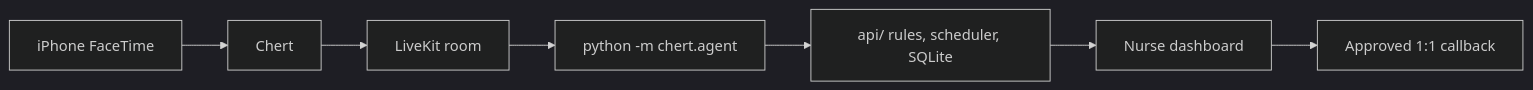
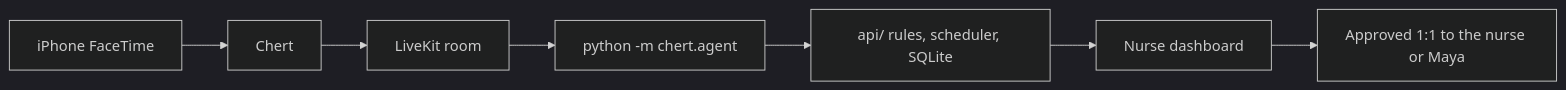
One commit to prest626/hackuta changed the diagram in README.md. Above: the diagram before and after it, drawn with Mermaid (dark theme). The commit also changed other lines of this file and 2 other files, not shown here.

````diff
--- a/README.md
+++ b/README.md
@@ -32,9 +32,9 @@
 ```mermaid
 flowchart LR
   phone[iPhone FaceTime] --> chert[Chert]
   chert --> room[LiveKit room]
   room --> agent["python -m chert.agent"]
   agent --> api["api/ rules, scheduler, SQLite"]
   api --> dash[Nurse dashboard]
-  dash --> callback["Approved 1:1 callback"]
+  dash --> callback["Approved 1:1 to the nurse or Maya"]
 ```
````
